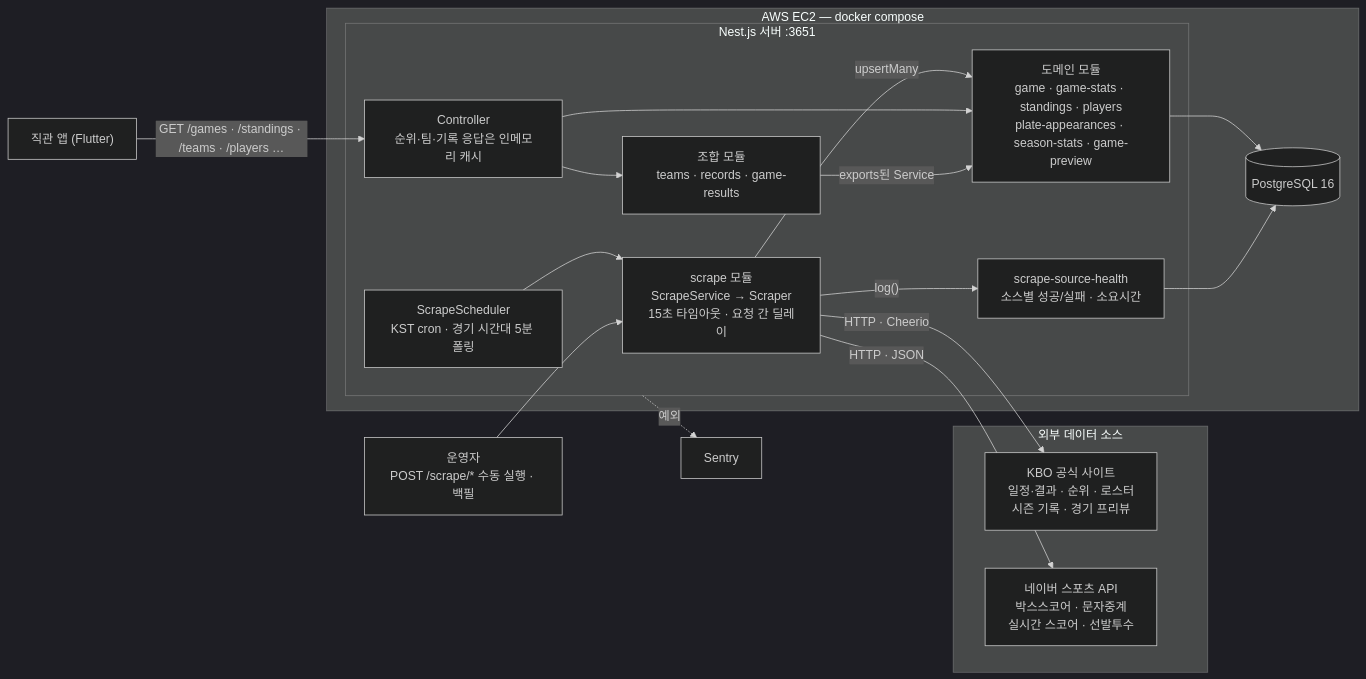
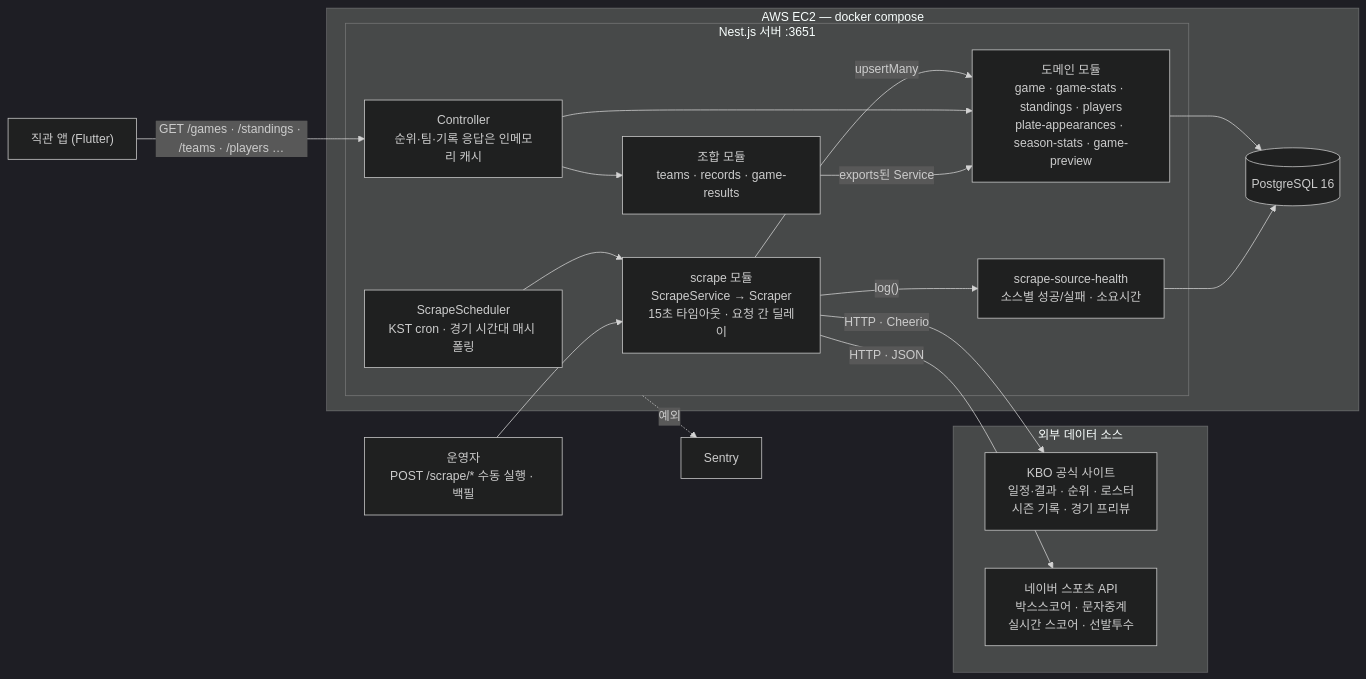
Before and after one commit to shot013/doo_kbo_scraping_server: the first of 3 diagrams in README.md, drawn with Mermaid (dark theme). The commit also changed other lines of this file and 4 other files, not shown here.

````diff
--- a/README.md
+++ b/README.md
@@ -43,37 +43,37 @@
 ```mermaid
 flowchart LR
   subgraph SRC["외부 데이터 소스"]
     KBO["KBO 공식 사이트<br/>일정·결과 · 순위 · 로스터<br/>시즌 기록 · 경기 프리뷰"]
     NAVER["네이버 스포츠 API<br/>박스스코어 · 문자중계<br/>실시간 스코어 · 선발투수"]
   end
 
   subgraph EC2["AWS EC2 — docker compose"]
     subgraph NEST["Nest.js 서버 :3651"]
-      SCHED["ScrapeScheduler<br/>KST cron · 경기 시간대 5분 폴링"]
+      SCHED["ScrapeScheduler<br/>KST cron · 경기 시간대 매시 폴링"]
       SCRAPE["scrape 모듈<br/>ScrapeService → Scraper<br/>15초 타임아웃 · 요청 간 딜레이"]
       CTRL["Controller<br/>순위·팀·기록 응답은 인메모리 캐시"]
       DOMAIN["도메인 모듈<br/>game · game-stats · standings · players<br/>plate-appearances · season-stats · game-preview"]
       COMBO["조합 모듈<br/>teams · records · game-results"]
       HEALTH["scrape-source-health<br/>소스별 성공/실패 · 소요시간"]
     end
     PG[("PostgreSQL 16")]
   end
 
   APP["직관 앱 (Flutter)"]
   OPS["운영자<br/>POST /scrape/* 수동 실행 · 백필"]
   SENTRY["Sentry"]
 
   SCHED --> SCRAPE
   OPS --> SCRAPE
   SCRAPE -- "HTTP · Cheerio" --> KBO
   SCRAPE -- "HTTP · JSON" --> NAVER
   SCRAPE -- "upsertMany" --> DOMAIN
   SCRAPE -- "log()" --> HEALTH
   APP -- "GET /games · /standings · /teams · /players …" --> CTRL
   CTRL --> DOMAIN
   CTRL --> COMBO
   COMBO -- "exports된 Service" --> DOMAIN
   DOMAIN --> PG
   HEALTH --> PG
   NEST -.->|"예외"| SENTRY
 ```
````
